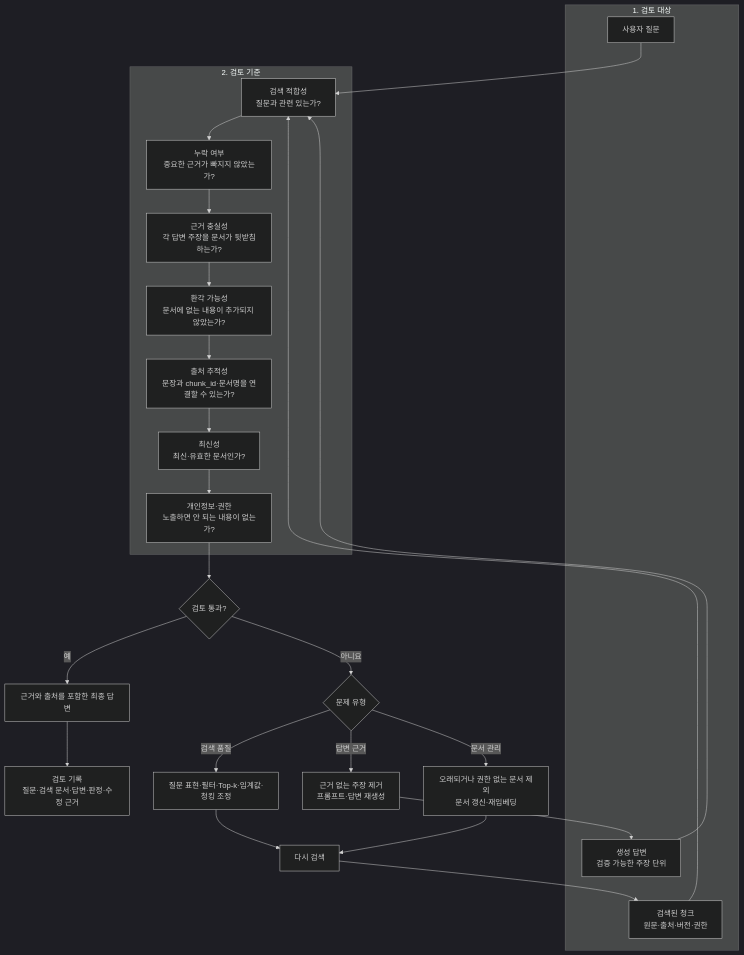
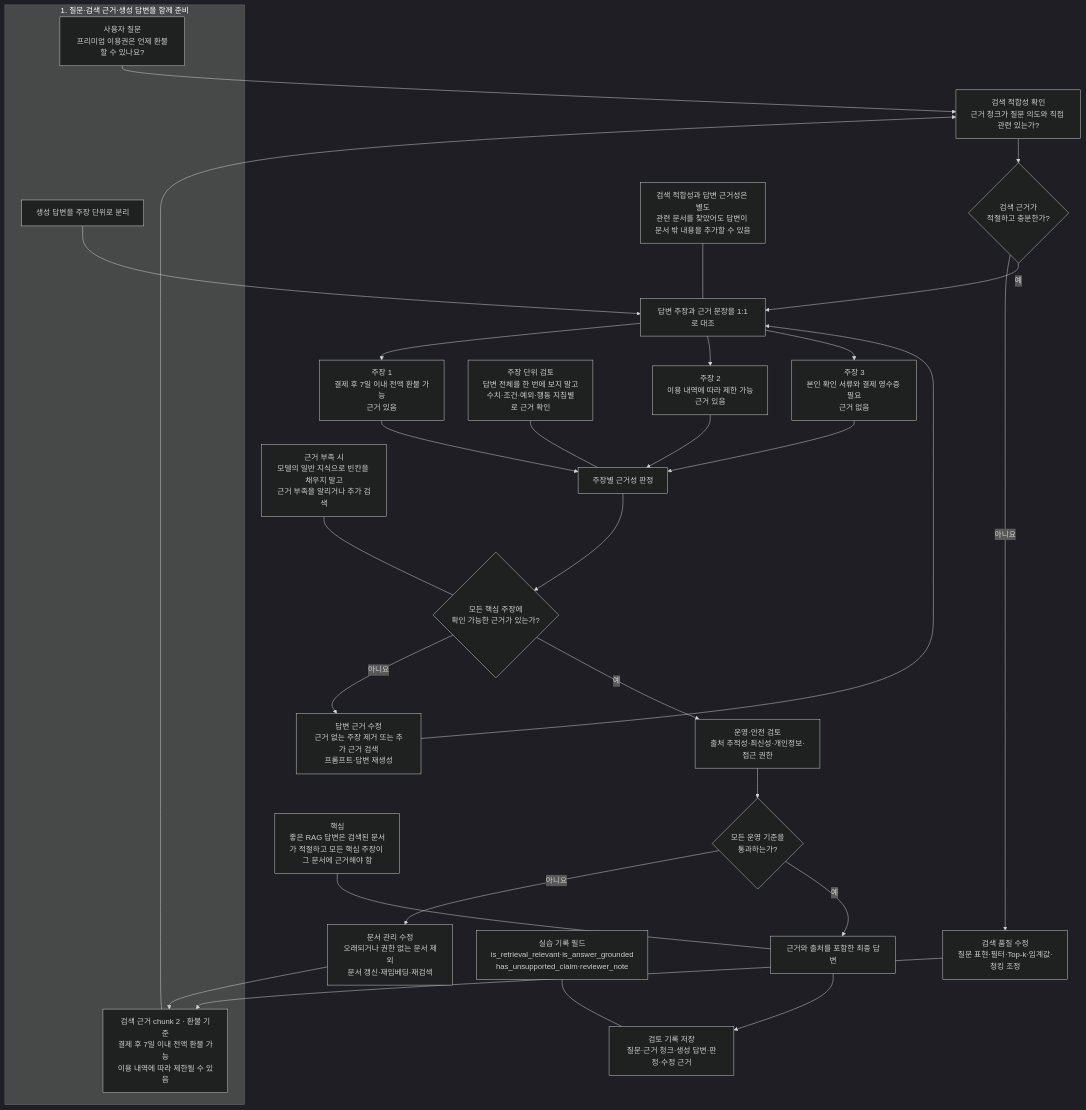
The diagram in images/chapter14/ch14_07_rag_answer_grounding_review.mmd (GilbertMoon/ai-database-book), drawn with Mermaid (dark theme) before and after one commit.

Commit message:
docs(ch14): refine RAG grounding review source

```diff
--- a/images/chapter14/ch14_07_rag_answer_grounding_review.mmd
+++ b/images/chapter14/ch14_07_rag_answer_grounding_review.mmd
@@ -1,35 +1,38 @@
 flowchart TB
-    subgraph INPUT[1. 검토 대상]
-        A[사용자 질문]
-        B[검색된 청크<br/>원문·출처·버전·권한]
-        C[생성 답변<br/>검증 가능한 주장 단위]
+    subgraph CASE[1. 질문·검색 근거·생성 답변을 함께 준비]
+        A[사용자 질문<br/>프리미엄 이용권은 언제 환불할 수 있나요?]
+        B[검색 근거 chunk 2 · 환불 기준<br/>결제 후 7일 이내 전액 환불 가능<br/>이용 내역에 따라 제한될 수 있음]
+        C[생성 답변을 주장 단위로 분리]
     end
 
-    A --> D
+    A --> D[검색 적합성 확인<br/>근거 청크가 질문 의도와 직접 관련 있는가?]
     B --> D
-    C --> D
+    D --> E{검색 근거가<br/>적절하고 충분한가?}
+    E -- 아니요 --> E1[검색 품질 수정<br/>질문 표현·필터·Top-k·임계값·청킹 조정]
+    E1 --> B
 
-    subgraph REVIEW[2. 검토 기준]
-        D[검색 적합성<br/>질문과 관련 있는가?]
-        D --> E[누락 여부<br/>중요한 근거가 빠지지 않았는가?]
-        E --> F[근거 충실성<br/>각 답변 주장을 문서가 뒷받침하는가?]
-        F --> G[환각 가능성<br/>문서에 없는 내용이 추가되지 않았는가?]
-        G --> H[출처 추적성<br/>문장과 chunk_id·문서명을 연결할 수 있는가?]
-        H --> I[최신성<br/>최신·유효한 문서인가?]
-        I --> J[개인정보·권한<br/>노출하면 안 되는 내용이 없는가?]
-    end
+    E -- 예 --> F[답변 주장과 근거 문장을 1:1로 대조]
+    C --> F
+    F --> F1[주장 1<br/>결제 후 7일 이내 전액 환불 가능<br/>근거 있음]
+    F --> F2[주장 2<br/>이용 내역에 따라 제한 가능<br/>근거 있음]
+    F --> F3[주장 3<br/>본인 확인 서류와 결제 영수증 필요<br/>근거 없음]
 
-    J --> K{검토 통과?}
-    K -- 예 --> L[근거와 출처를 포함한 최종 답변]
-    K -- 아니요 --> M{문제 유형}
+    F1 --> G[주장별 근거성 판정]
+    F2 --> G
+    F3 --> G
+    G --> H{모든 핵심 주장에<br/>확인 가능한 근거가 있는가?}
+    H -- 아니요 --> H1[답변 근거 수정<br/>근거 없는 주장 제거 또는 추가 근거 검색<br/>프롬프트·답변 재생성]
+    H1 --> F
 
-    M -- 검색 품질 --> N[질문 표현·필터·Top-k·임계값·청킹 조정]
-    M -- 답변 근거 --> O[근거 없는 주장 제거<br/>프롬프트·답변 재생성]
-    M -- 문서 관리 --> P[오래되거나 권한 없는 문서 제외<br/>문서 갱신·재임베딩]
+    H -- 예 --> I[운영·안전 검토<br/>출처 추적성·최신성·개인정보·접근 권한]
+    I --> J{모든 운영 기준을<br/>통과하는가?}
+    J -- 아니요 --> J1[문서 관리 수정<br/>오래되거나 권한 없는 문서 제외<br/>문서 갱신·재임베딩·재검색]
+    J1 --> B
+    J -- 예 --> K[근거와 출처를 포함한 최종 답변]
+    K --> L[검토 기록 저장<br/>질문·근거 청크·생성 답변·판정·수정 근거]
 
-    N --> Q[다시 검색]
-    P --> Q
-    Q --> B
-    O --> C
-
-    L --> R[검토 기록<br/>질문·검색 문서·답변·판정·수정 근거]
+    N1[검색 적합성과 답변 근거성은 별도<br/>관련 문서를 찾았어도 답변이 문서 밖 내용을 추가할 수 있음] --- F
+    N2[주장 단위 검토<br/>답변 전체를 한 번에 보지 말고<br/>수치·조건·예외·행동 지침별로 근거 확인] --- G
+    N3[실습 기록 필드<br/>is_retrieval_relevant·is_answer_grounded<br/>has_unsupported_claim·reviewer_note] --- L
+    N4[근거 부족 시<br/>모델의 일반 지식으로 빈칸을 채우지 말고<br/>근거 부족을 알리거나 추가 검색] --- H
+    N5[핵심<br/>좋은 RAG 답변은 검색된 문서가 적절하고 모든 핵심 주장이 그 문서에 근거해야 함] --- K
```
